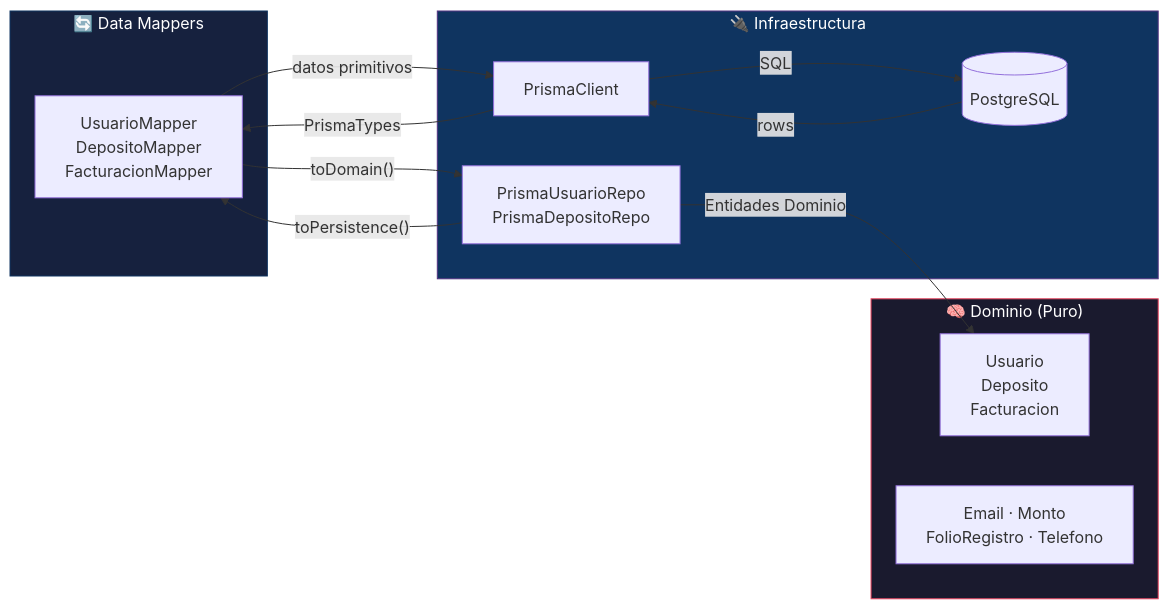
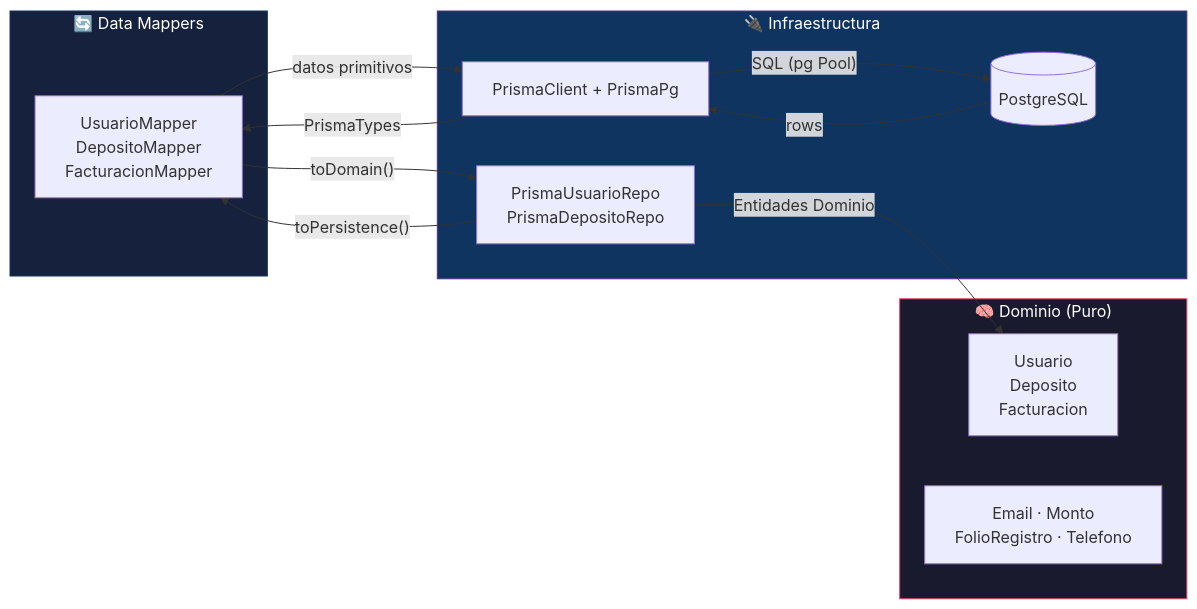
One commit to iKinoo/aniei-registro-2026 changed diagram 14 of 14 in docs/DESIGN.md. Above: the diagram before and after it, drawn with Mermaid. The commit also changed other lines of this file and 30 other files, not shown here.

````diff
--- a/docs/DESIGN.md
+++ b/docs/DESIGN.md
@@ -1722,29 +1643,29 @@
 ```mermaid
 graph LR
     subgraph Domain["🧠 Dominio (Puro)"]
         E["Usuario<br/>Deposito<br/>Facturacion"]
         VO["Email · Monto<br/>FolioRegistro · Telefono"]
     end
 
     subgraph Mapper["🔄 Data Mappers"]
         M["UsuarioMapper<br/>DepositoMapper<br/>FacturacionMapper"]
     end
 
     subgraph Infra["🔌 Infraestructura"]
         R["PrismaUsuarioRepo<br/>PrismaDepositoRepo"]
-        P["PrismaClient"]
+        P["PrismaClient + PrismaPg"]
         DB[("PostgreSQL")]
     end
 
     R -->|"toPersistence()"| M
     M -->|"datos primitivos"| P
-    P -->|"SQL"| DB
+    P -->|"SQL (pg Pool)"| DB
     DB -->|"rows"| P
     P -->|"PrismaTypes"| M
     M -->|"toDomain()"| R
     R -->|"Entidades Dominio"| E
 
     style Domain fill:#1a1a2e,stroke:#e94560,color:#fff
     style Mapper fill:#16213e,stroke:#0f3460,color:#fff
     style Infra fill:#0f3460,stroke:#533483,color:#fff
 ```
````
